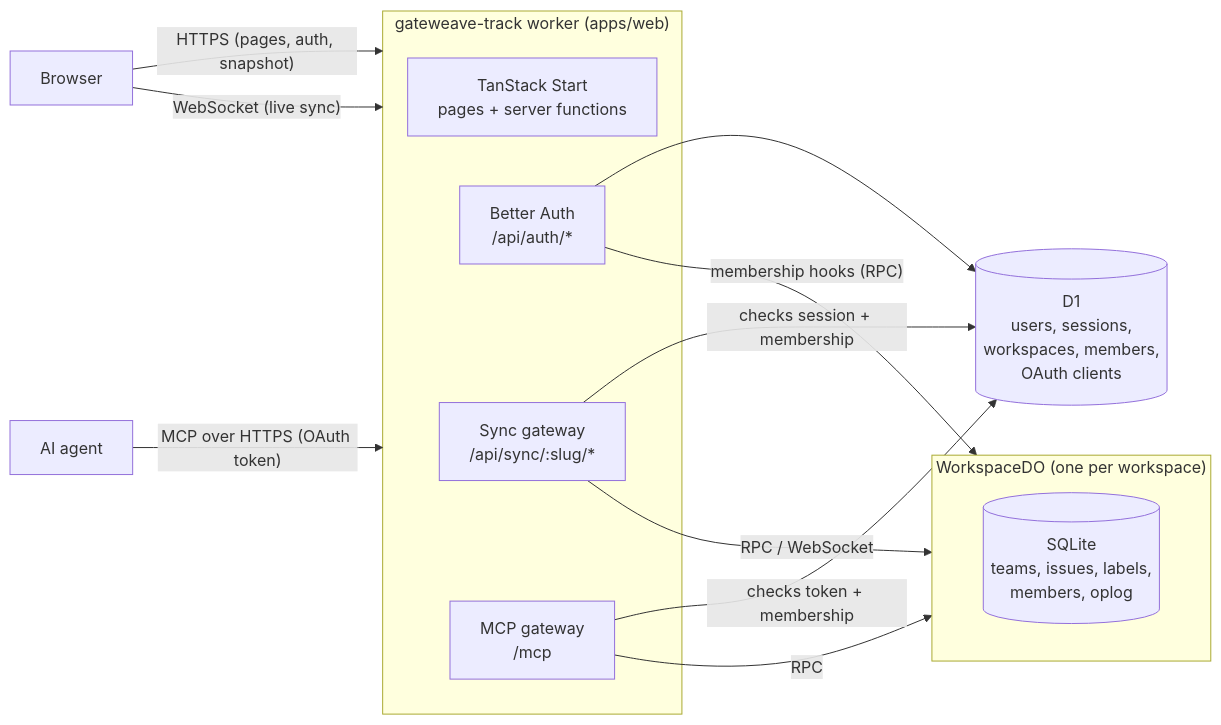
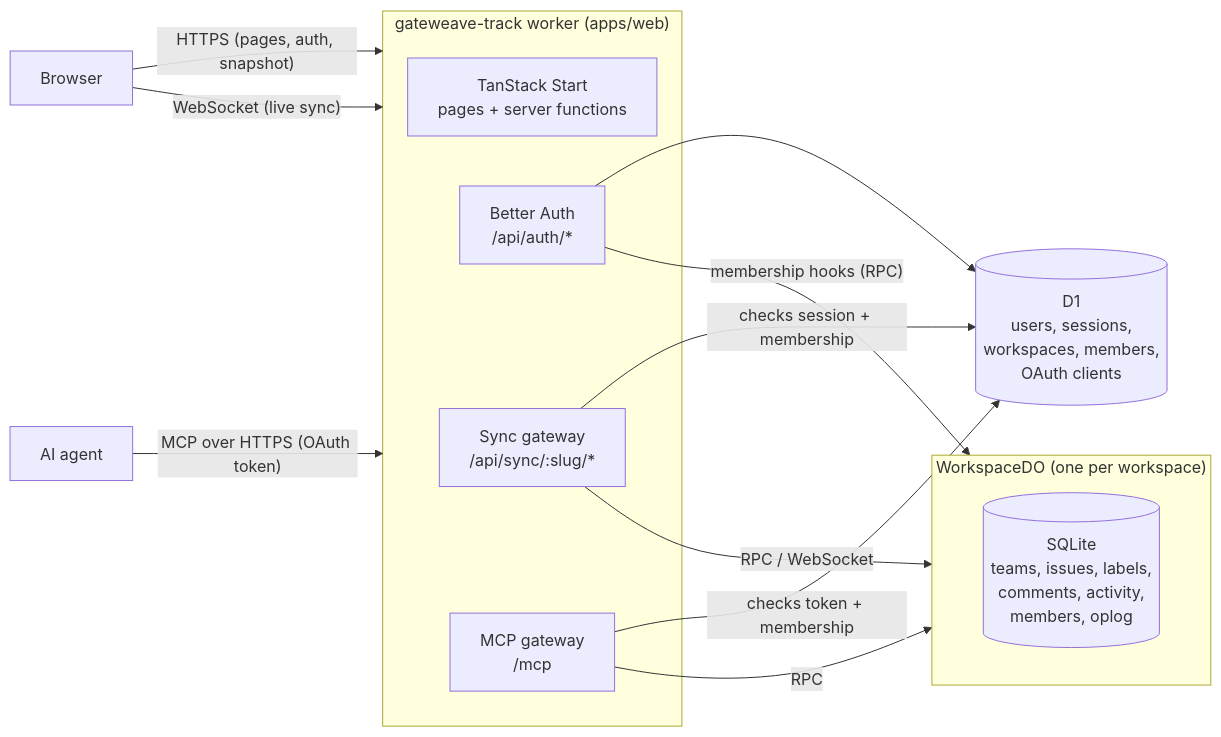
Before and after one commit to gateweavehq/track: the diagram in docs/architecture.md, drawn with Mermaid. The commit also changed other lines of this file and 32 other files, not shown here.

First line of the commit message:
feat: comments and activity history on issues (#19)

````diff
--- a/docs/architecture.md
+++ b/docs/architecture.md
@@ -8,21 +8,21 @@
 ```mermaid
 flowchart LR
   Browser -- "HTTPS (pages, auth, snapshot)" --> Worker
   Browser -- "WebSocket (live sync)" --> Worker
   Agent["AI agent"] -- "MCP over HTTPS (OAuth token)" --> Worker
   subgraph Worker["gateweave-track worker (apps/web)"]
     Start["TanStack Start<br/>pages + server functions"]
     Auth["Better Auth<br/>/api/auth/*"]
     Gateway["Sync gateway<br/>/api/sync/:slug/*"]
     Mcp["MCP gateway<br/>/mcp"]
   end
   Auth --> D1[("D1<br/>users, sessions,<br/>workspaces, members,<br/>OAuth clients")]
   Gateway -- "checks session + membership" --> D1
   Gateway -- "RPC / WebSocket" --> DO
   Mcp -- "checks token + membership" --> D1
   Mcp -- "RPC" --> DO
   Auth -- "membership hooks (RPC)" --> DO
   subgraph DO["WorkspaceDO (one per workspace)"]
-    SQLite[("SQLite<br/>teams, issues, labels,<br/>members, oplog")]
+    SQLite[("SQLite<br/>teams, issues, labels,<br/>comments, activity,<br/>members, oplog")]
   end
 ```
````
